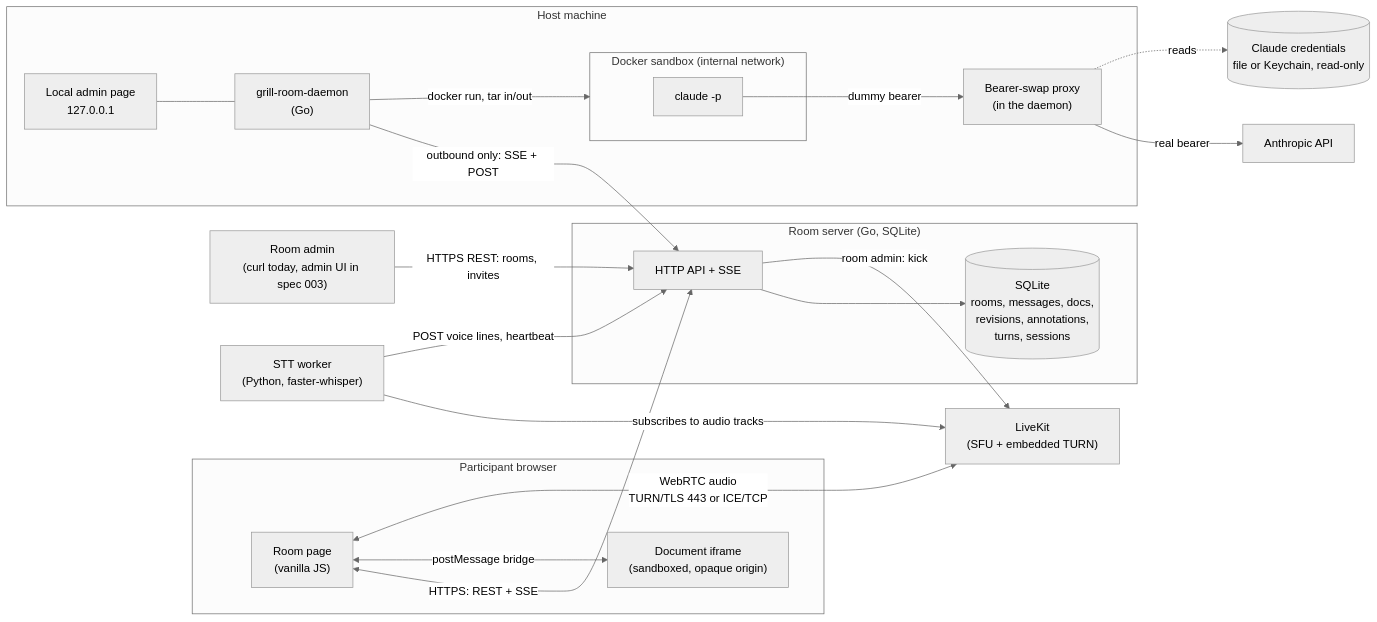
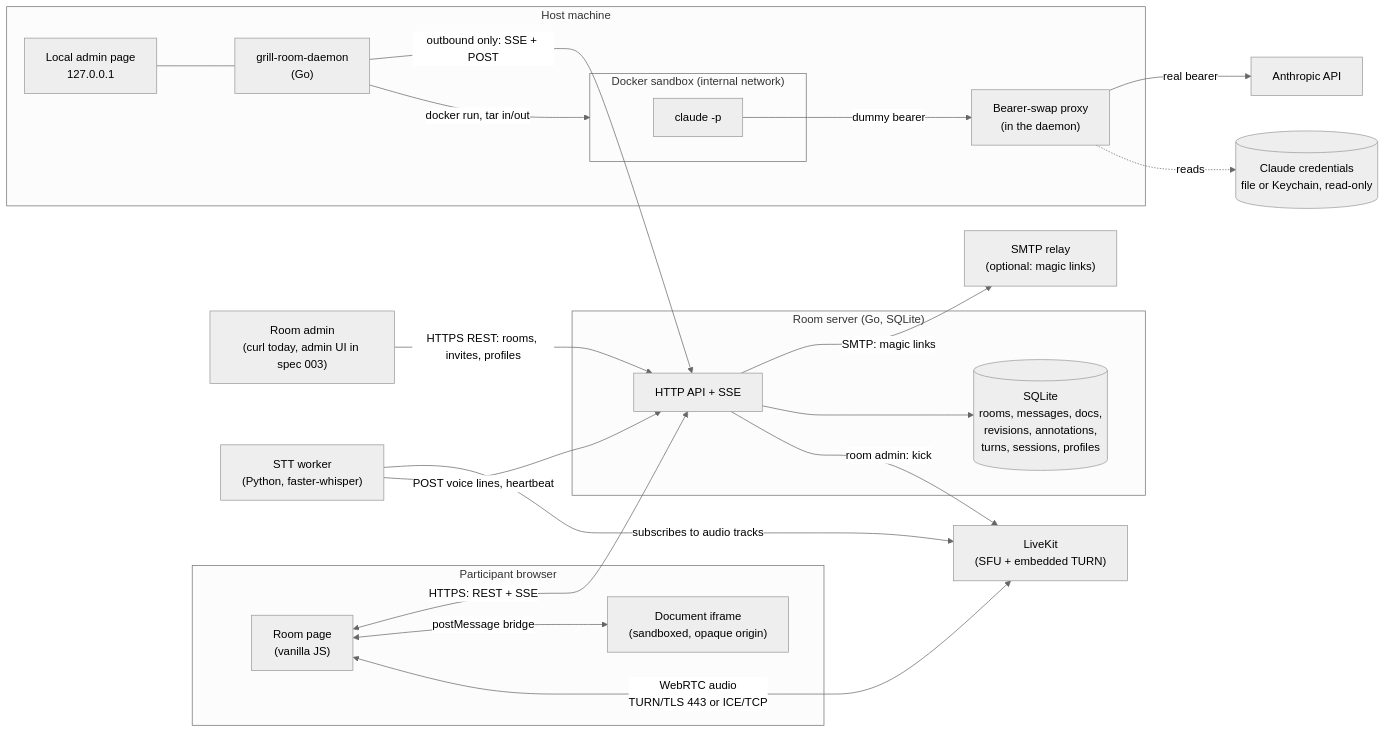
The diagram in docs/architecture.md (babs/grill-room), drawn with Mermaid (neutral theme) before and after one commit. The commit also changed other lines of this file and 33 other files, not shown here.

First line of the commit message:
feat: add profiles, magic links, room rename and member invites

````diff
--- a/docs/architecture.md
+++ b/docs/architecture.md
@@ -5,43 +5,45 @@
 ```mermaid
 flowchart LR
   subgraph Browser["Participant browser"]
     UI["Room page<br/>(vanilla JS)"]
     Frame["Document iframe<br/>(sandboxed, opaque origin)"]
   end
 
   subgraph Server["Room server (Go, SQLite)"]
     API["HTTP API + SSE"]
-    Store[("SQLite<br/>rooms, messages, docs,<br/>revisions, annotations,<br/>turns, sessions")]
+    Store[("SQLite<br/>rooms, messages, docs,<br/>revisions, annotations,<br/>turns, sessions, profiles")]
   end
 
   AdminC["Room admin<br/>(curl today, admin UI in spec 003)"]
+  SMTP["SMTP relay<br/>(optional: magic links)"]
   LK["LiveKit<br/>(SFU + embedded TURN)"]
   STT["STT worker<br/>(Python, faster-whisper)"]
 
   subgraph Host["Host machine"]
     Daemon["grill-room-daemon<br/>(Go)"]
     Admin["Local admin page<br/>127.0.0.1"]
     Proxy["Bearer-swap proxy<br/>(in the daemon)"]
     subgraph Sandbox["Docker sandbox (internal network)"]
       Claude["claude -p"]
     end
   end
 
   Anthropic["Anthropic API"]
   Creds[("Claude credentials<br/>file or Keychain, read-only")]
 
   UI <-->|"HTTPS: REST + SSE"| API
-  AdminC -->|"HTTPS REST: rooms, invites"| API
+  AdminC -->|"HTTPS REST: rooms, invites, profiles"| API
+  API -->|"SMTP: magic links"| SMTP
   UI <-->|"postMessage bridge"| Frame
   UI <-->|"WebRTC audio<br/>TURN/TLS 443 or ICE/TCP"| LK
   STT -->|"subscribes to audio tracks"| LK
   STT -->|"POST voice lines, heartbeat"| API
   API --> Store
   API -->|"room admin: kick"| LK
   Daemon -->|"outbound only: SSE + POST"| API
   Admin --- Daemon
   Daemon -->|"docker run, tar in/out"| Sandbox
   Claude -->|"dummy bearer"| Proxy
   Proxy -->|"real bearer"| Anthropic
   Proxy -.->|"reads"| Creds
 ```
````
